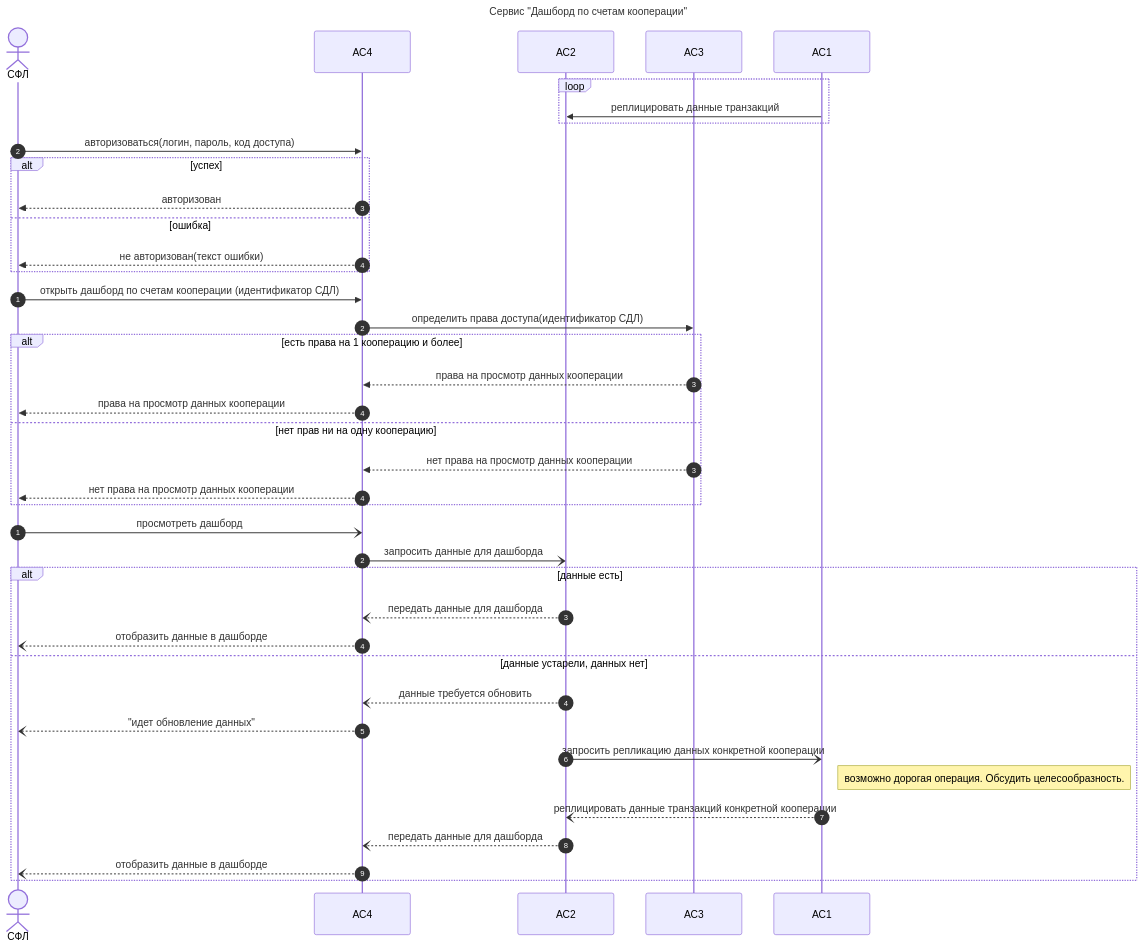
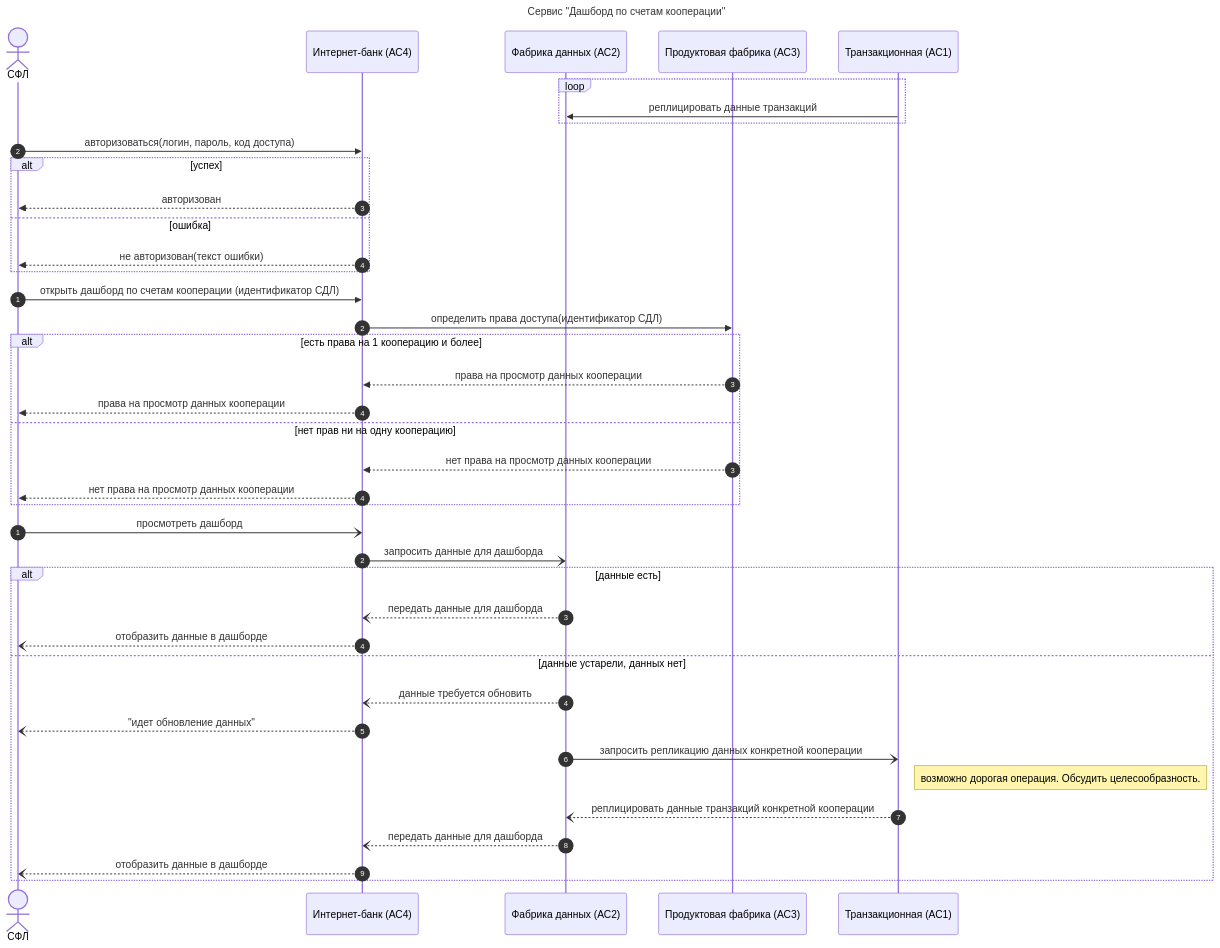
One commit to oleshko-g/sa_cases changed the second of 2 diagrams in corporate_banking/# case.md. Above: the diagram before and after it, drawn with Mermaid.

Commit message:
Добавить названия акторов в sequence диаграмме в corporate_banking

````diff
--- a/corporate_banking/# case.md
+++ b/corporate_banking/# case.md
@@ -63,54 +63,54 @@
 ```mermaid
 ---
 title: Сервис "Дашборд по счетам кооперации"
 ---
 sequenceDiagram
 actor СФЛ
-participant АС4
-participant АС2
-participant АС3
-participant АС1
+participant АС4 as Интернет-банк (АС4)
+participant АС2 as Фабрика данных (АС2)
+participant АС3 as Продуктовая фабрика (АС3)
+participant АС1 as Транзакционная (АС1)
 
 loop
 АС1->>АС2:реплицировать данные транзакций
 end 
 
 autonumber
 СФЛ->>АС4: авторизоваться(логин, пароль, код доступа)
 
 alt успех
 АС4-->>СФЛ: авторизован
 else ошибка
 АС4-->>СФЛ: не авторизован(текст ошибки)
 end
 
 autonumber 1
 СФЛ->>АС4: открыть дашборд по счетам кооперации (идентификатор СДЛ)
 АС4->>АС3: определить права доступа(идентификатор СДЛ)
 
 alt есть права на 1 кооперацию и более
 АС3-->>АС4: права на просмотр данных кооперации
 АС4-->>СФЛ: права на просмотр данных кооперации
 else нет прав ни на одну кооперацию
 autonumber 3
 АС3-->>АС4: нет права на просмотр данных кооперации
 АС4-->>СФЛ: нет права на просмотр данных кооперации
 end 
 
 autonumber 1
 СФЛ-)АС4: просмотреть дашборд
 АС4-)АС2: запросить данные для дашборда
 alt данные есть
 АС2--)АС4: передать данные для дашборда
 АС4--)СФЛ: отобразить данные в дашборде
 else данные устарели, данных нет
 autonumber 4
 АС2--)АС4: данные требуется обновить 
 АС4--)СФЛ: "идет обновление данных"
 АС2-)АС1: запросить репликацию данных конкретной кооперации
 note right of АС1: возможно дорогая операция. Обсудить целесообразность.
 АС1--)АС2: реплицировать данные транзакций конкретной кооперации
 АС2--)АС4: передать данные для дашборда
 АС4--)СФЛ: отобразить данные в дашборде
 end
 ```
````
